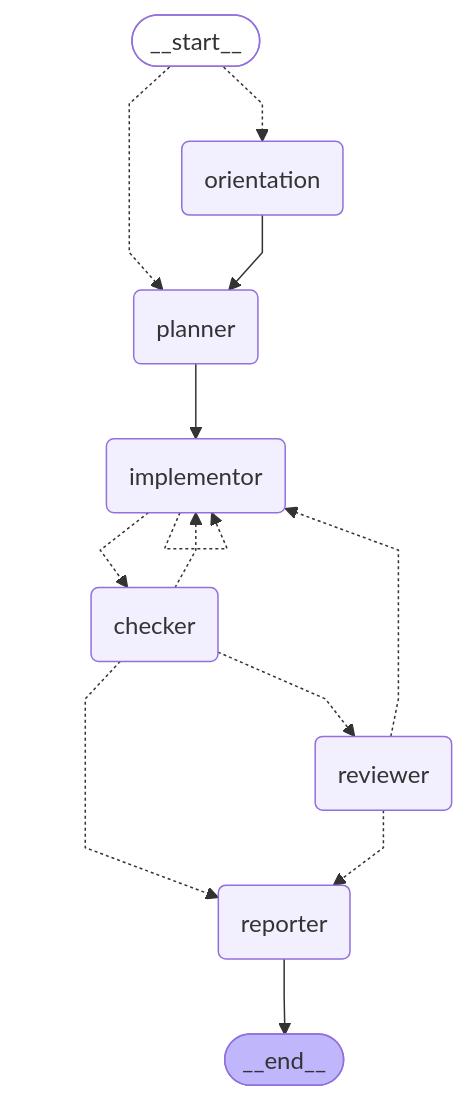
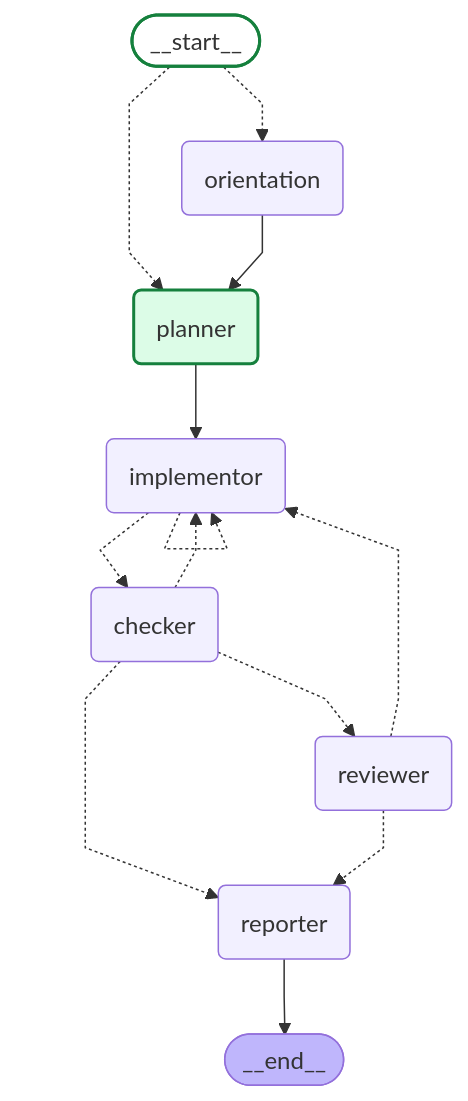
The diagram in runs/20260814-092950-ddae52/graph.mmd (daniell0gda/hermes-feature-check-dashboard), drawn with Mermaid before and after one commit. The commit also changed 21 other files, not shown here.

```diff
--- a/runs/20260814-092950-ddae52/graph.mmd
+++ b/runs/20260814-092950-ddae52/graph.mmd
@@ -1,29 +1,35 @@
 ---
 config:
   flowchart:
     curve: linear
 ---
 graph TD;
 	__start__([<p>__start__</p>]):::first
 	orientation(orientation)
 	planner(planner)
 	implementor(implementor)
 	checker(checker)
 	reviewer(reviewer)
 	reporter(reporter)
 	__end__([<p>__end__</p>]):::last
 	__start__ -.-> orientation;
 	__start__ -.-> planner;
 	checker -.-> implementor;
 	checker -.-> reporter;
 	checker -.-> reviewer;
 	implementor -.-> checker;
 	orientation --> planner;
 	planner --> implementor;
 	reviewer -.-> implementor;
 	reviewer -.-> reporter;
 	reporter --> __end__;
 	implementor -.-> implementor;
 	classDef default fill:#f2f0ff,line-height:1.2
 	classDef first fill-opacity:0
 	classDef last fill:#bfb6fc
+
+classDef done fill:#dcfce7,stroke:#15803d,stroke-width:2px;
+classDef active fill:#dbeafe,stroke:#2563eb,stroke-width:3px;
+classDef failed fill:#fee2e2,stroke:#b42318,stroke-width:2px;
+class planner done;
+class __start__ done;
```
